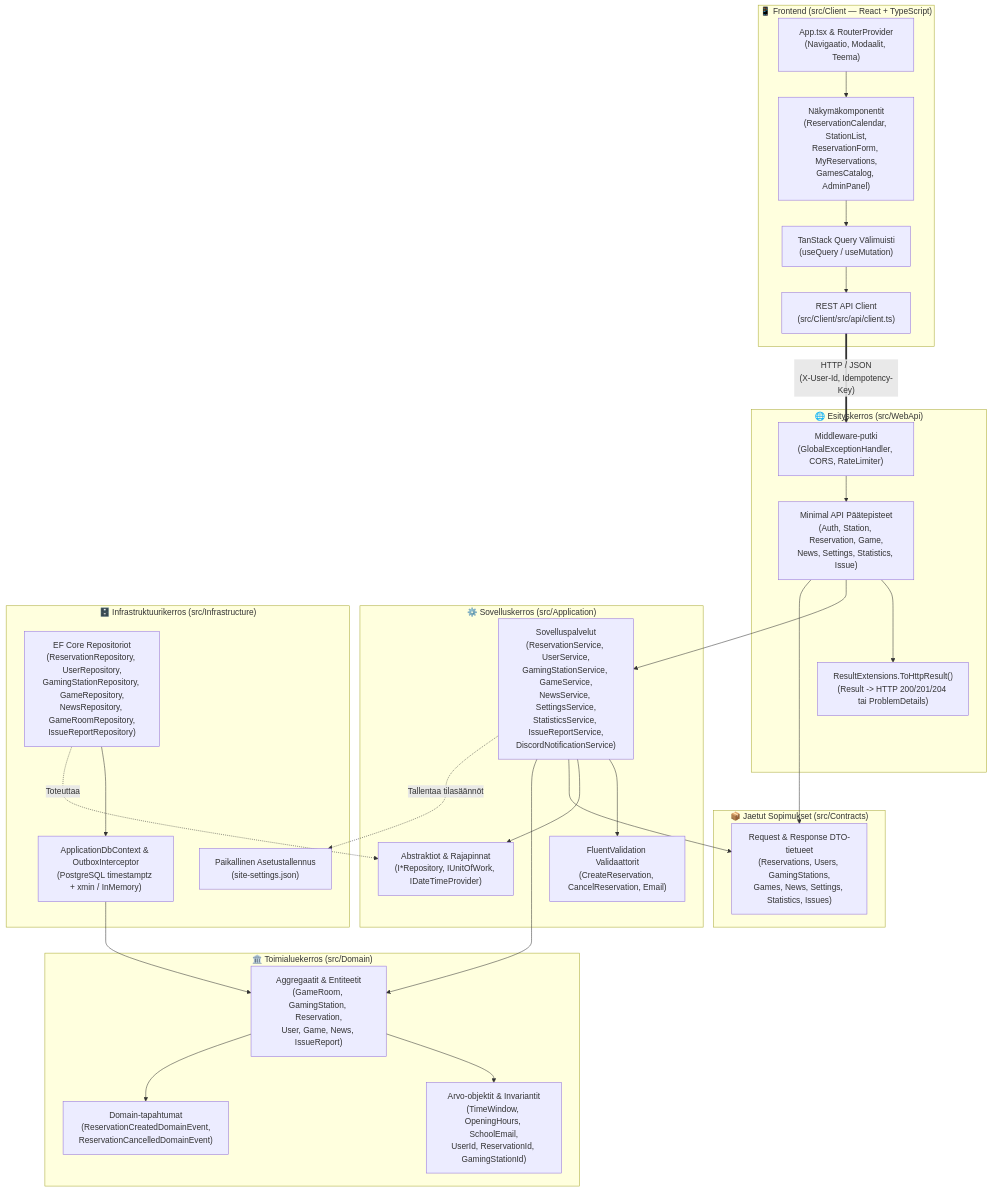
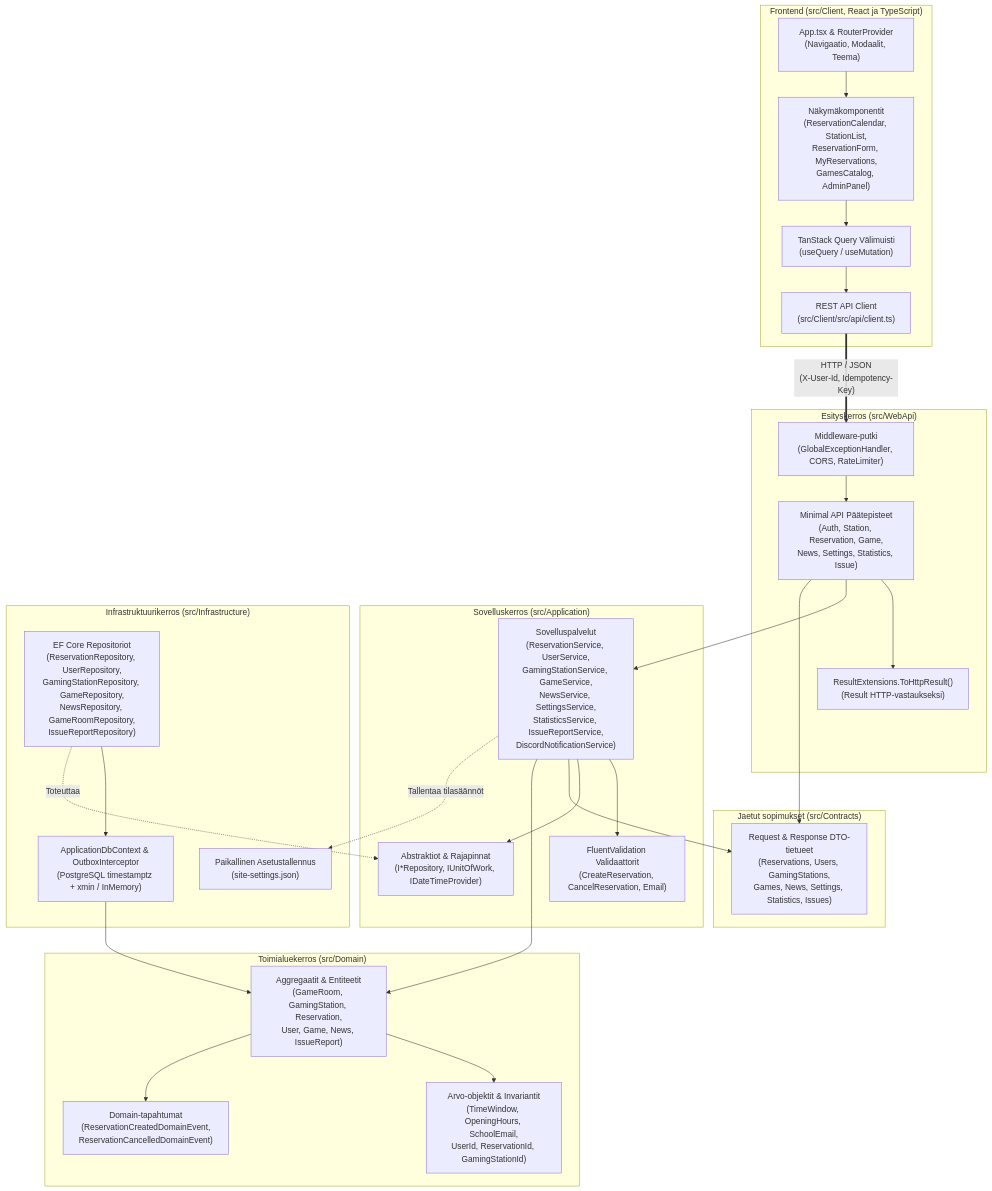
The first of 6 diagrams in Docs/FULLSTACK_SPECS_AND_MAP.md (Jone81/pelihuonevaraus), drawn with Mermaid before and after one commit. The commit also changed other lines of this file and 22 other files, not shown here.

````diff
--- a/Docs/FULLSTACK_SPECS_AND_MAP.md
+++ b/Docs/FULLSTACK_SPECS_AND_MAP.md
@@ -27,61 +27,61 @@
 ```mermaid
 flowchart TB
-    subgraph Client ["📱 Frontend (src/Client — React + TypeScript)"]
+    subgraph Client ["Frontend (src/Client, React ja TypeScript)"]
         UI_App["App.tsx & RouterProvider\n(Navigaatio, Modaalit, Teema)"]
         UI_Comp["Näkymäkomponentit\n(ReservationCalendar, StationList,\nReservationForm, MyReservations,\nGamesCatalog, AdminPanel)"]
         UI_Query["TanStack Query Välimuisti\n(useQuery / useMutation)"]
         UI_Api["REST API Client\n(src/Client/src/api/client.ts)"]
         
         UI_App --> UI_Comp
         UI_Comp --> UI_Query
         UI_Query --> UI_Api
     end
 
-    subgraph WebApi ["🌐 Esityskerros (src/WebApi)"]
+    subgraph WebApi ["Esityskerros (src/WebApi)"]
         MW["Middleware-putki\n(GlobalExceptionHandler, CORS, RateLimiter)"]
         EP["Minimal API Päätepisteet\n(Auth, Station, Reservation, Game,\nNews, Settings, Statistics, Issue)"]
-        RES["ResultExtensions.ToHttpResult()\n(Result<T> -> HTTP 200/201/204 tai ProblemDetails)"]
+        RES["ResultExtensions.ToHttpResult()\n(Result<T> HTTP-vastaukseksi)"]
         
         MW --> EP
         EP --> RES
     end
 
-    subgraph Contracts ["📦 Jaetut Sopimukset (src/Contracts)"]
+    subgraph Contracts ["Jaetut sopimukset (src/Contracts)"]
         DTO["Request & Response DTO-tietueet\n(Reservations, Users, GamingStations,\nGames, News, Settings, Statistics, Issues)"]
     end
 
-    subgraph Application ["⚙️ Sovelluskerros (src/Application)"]
+    subgraph Application ["Sovelluskerros (src/Application)"]
         VAL["FluentValidation Validaattorit\n(CreateReservation, CancelReservation, Email)"]
         SVC["Sovelluspalvelut\n(ReservationService, UserService,\nGamingStationService, GameService,\nNewsService, SettingsService,\nStatisticsService, IssueReportService,\nDiscordNotificationService)"]
         ABS["Abstraktiot & Rajapinnat\n(I*Repository, IUnitOfWork, IDateTimeProvider)"]
         
         SVC --> VAL
         SVC --> ABS
     end
 
-    subgraph Domain ["🏛️ Toimialuekerros (src/Domain)"]
+    subgraph Domain ["Toimialuekerros (src/Domain)"]
         AGG["Aggregaatit & Entiteetit\n(GameRoom, GamingStation, Reservation,\nUser, Game, News, IssueReport)"]
         VO["Arvo-objektit & Invariantit\n(TimeWindow, OpeningHours, SchoolEmail,\nUserId, ReservationId, GamingStationId)"]
         EVT["Domain-tapahtumat\n(ReservationCreatedDomainEvent,\nReservationCancelledDomainEvent)"]
         
         AGG --> VO
         AGG --> EVT
     end
 
-    subgraph Infrastructure ["🗄️ Infrastruktuurikerros (src/Infrastructure)"]
+    subgraph Infrastructure ["Infrastruktuurikerros (src/Infrastructure)"]
         REPO["EF Core Repositoriot\n(ReservationRepository, UserRepository,\nGamingStationRepository, GameRepository,\nNewsRepository, GameRoomRepository,\nIssueReportRepository)"]
         DBC["ApplicationDbContext & OutboxInterceptor\n(PostgreSQL timestamptz + xmin / InMemory)"]
         JSON_CFG["Paikallinen Asetustallennus\n(site-settings.json)"]
         
         REPO --> DBC
     end
 
     UI_Api == "HTTP / JSON\n(X-User-Id, Idempotency-Key)" ==> MW
     EP --> SVC
     EP --> DTO
     SVC --> DTO
     SVC --> AGG
     SVC -. "Tallentaa tilasäännöt" .-> JSON_CFG
     REPO -. "Toteuttaa" .-> ABS
     DBC --> AGG
 ```
````
